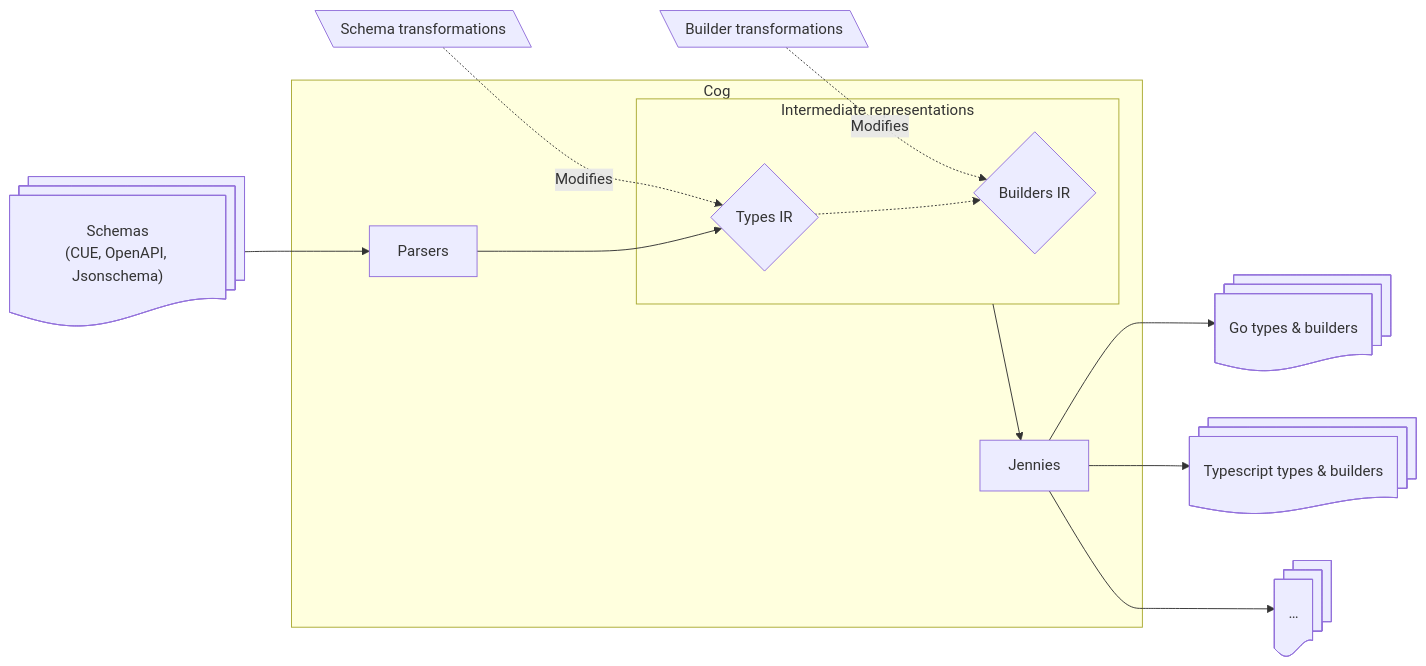
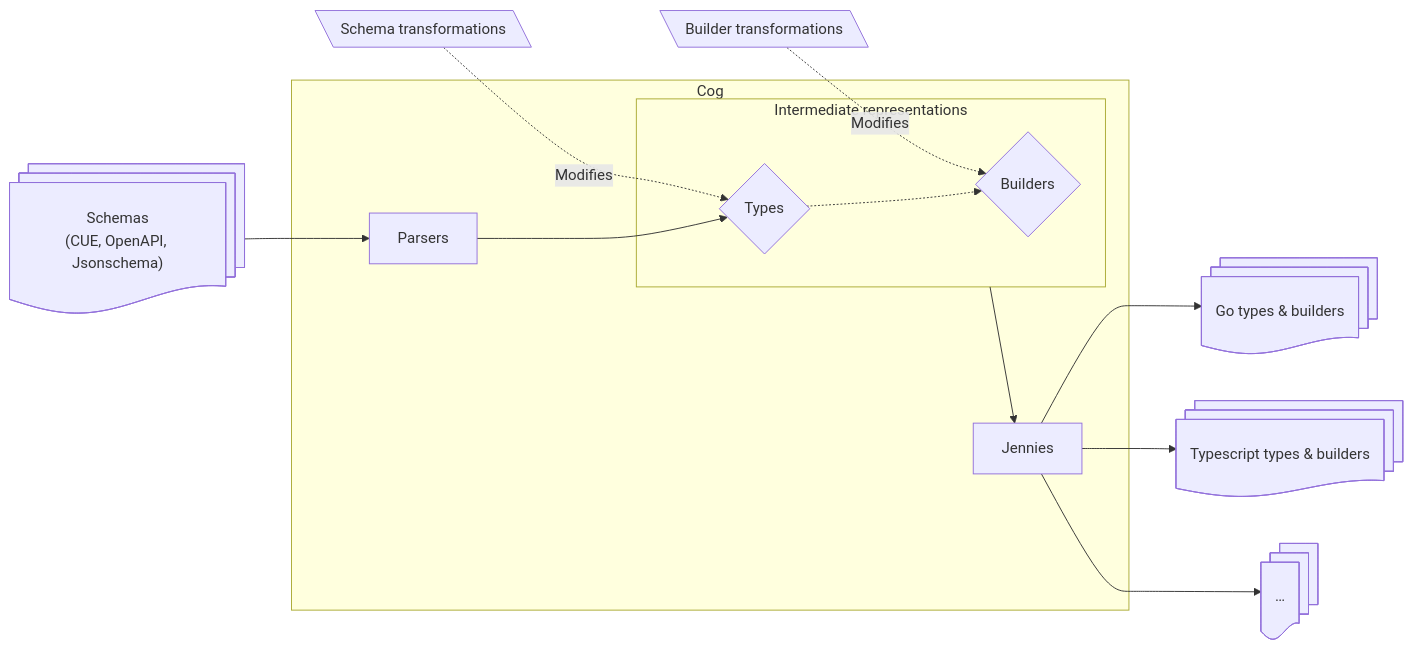
One commit to grafana/cog changed the diagram in docs/pipelines/index.md. Above: the diagram before and after it, drawn with Mermaid. The commit also changed other lines of this file and 7 other files, not shown here.

Commit message:
Start documenting schema & builders transformations

````diff
--- a/docs/pipelines/index.md
+++ b/docs/pipelines/index.md
@@ -12,34 +12,34 @@
 ```mermaid
 flowchart LR
     schemas@{ shape: docs, label: "Schemas\n(CUE, OpenAPI, Jsonschema)"}
-    types_ir@{shape: diamond, label: "Types IR"}
-    builders_ir@{shape: diamond, label: "Builders IR"}
+    types_ir@{shape: diamond, label: "Types"}
+    builders_ir@{shape: diamond, label: "Builders"}
 
     parsers@{label: "Parsers"}
     jennies@{label: "Jennies"}
 
     compiler_passes@{shape: lean-l, label: "Schema transformations"}
     veneers@{shape: lean-l, label: "Builder transformations"}
 
     output_go@{shape: docs, label: "Go types & builders"}
     output_ts@{shape: docs, label: "Typescript types & builders"}
     output_etc@{shape: docs, label: "…"}
 
     schemas --> parsers
     compiler_passes -.-> |Modifies|types_ir
     veneers -.-> |Modifies|builders_ir
     types_ir -.-> builders_ir
 
     subgraph cog [Cog]
         parsers --> types_ir
 
         subgraph jennies_ctx [Intermediate representations]
             types_ir
             builders_ir
         end
 
         jennies_ctx --> jennies
     end
 
     jennies --> output_go & output_ts & output_etc
 ```
````
